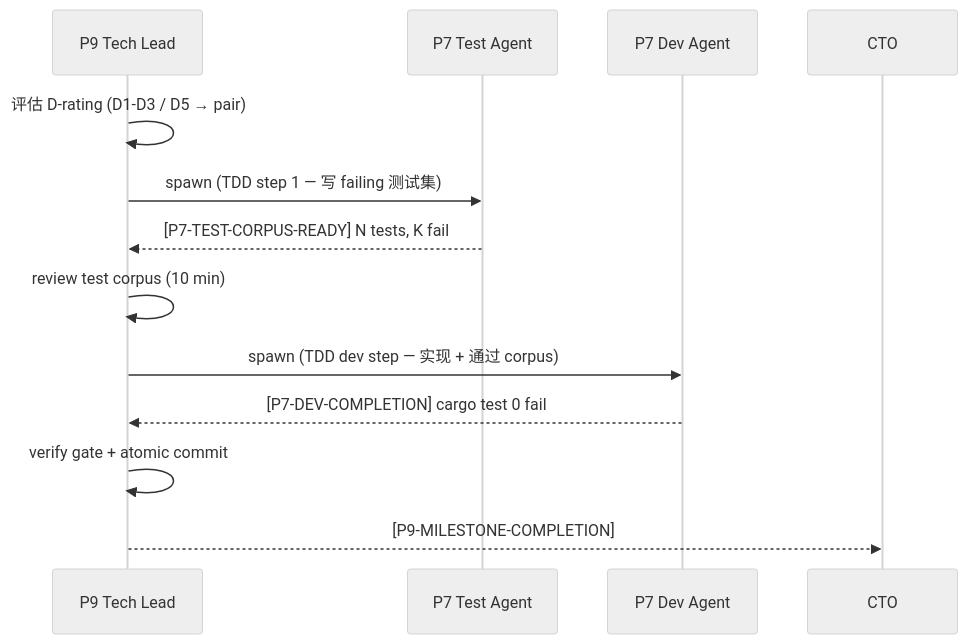
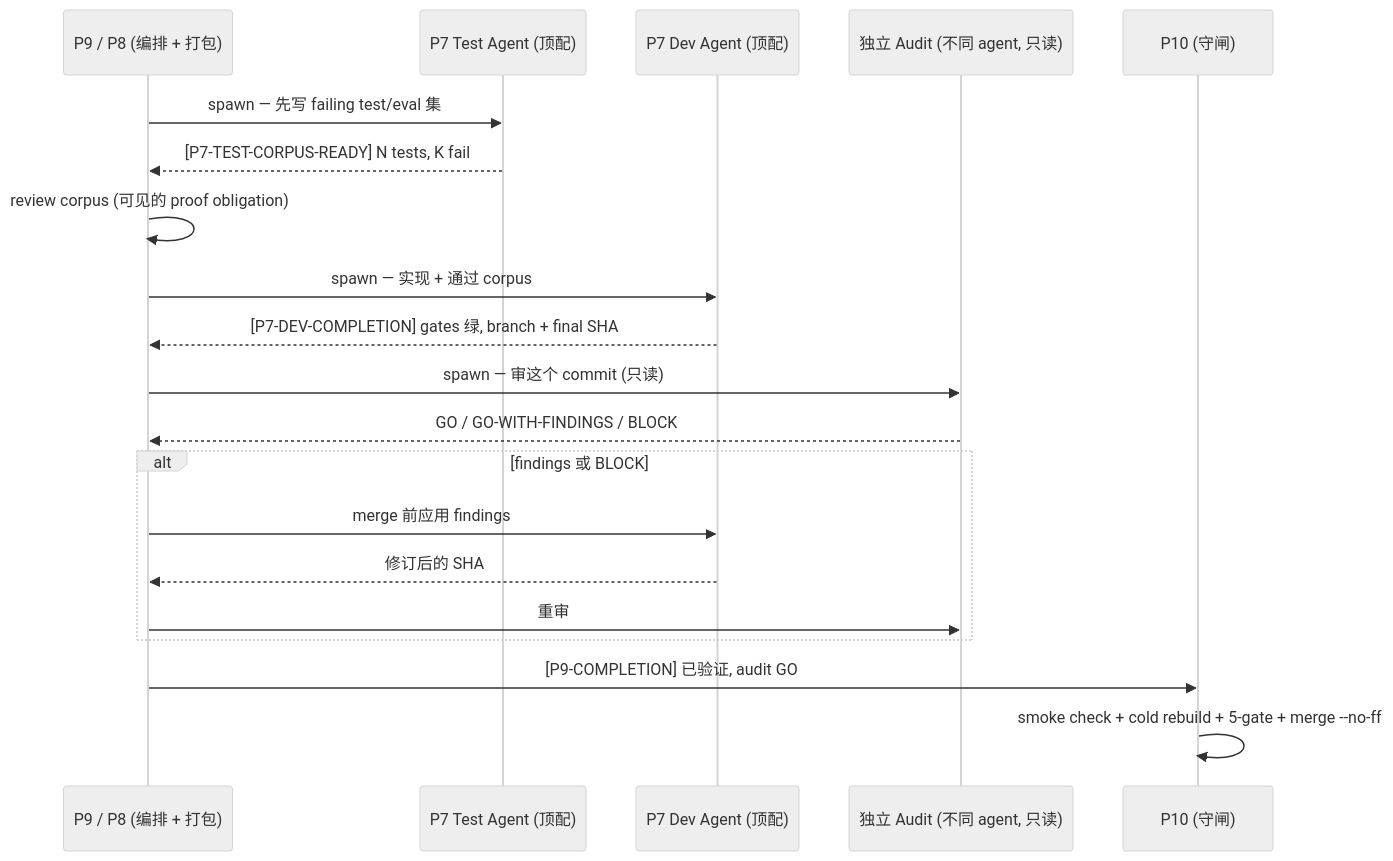
Before and after one commit to Cobrust-lang/agent-driven-development: the ninth of 10 diagrams in docs/human/zh/concept-map.md, drawn with Mermaid (neutral theme). The commit also changed other lines of this file and 7 other files, not shown here.

````diff
--- a/docs/human/zh/concept-map.md
+++ b/docs/human/zh/concept-map.md
@@ -104,15 +313,23 @@
 ```mermaid
 sequenceDiagram
-    participant P9 as P9 Tech Lead
-    participant Test as P7 Test Agent
-    participant Dev as P7 Dev Agent
+    participant P9 as P9 / P8 (编排 + 打包)
+    participant Test as P7 Test Agent (顶配)
+    participant Dev as P7 Dev Agent (顶配)
+    participant Audit as 独立 Audit (不同 agent, 只读)
+    participant CTO as P10 (守闸)
 
-    P9->>P9: 评估 D-rating (D1-D3 / D5 → pair)
-    P9->>Test: spawn (TDD step 1 — 写 failing 测试集)
+    P9->>Test: spawn — 先写 failing test/eval 集
     Test-->>P9: [P7-TEST-CORPUS-READY] N tests, K fail
-    P9->>P9: review test corpus (10 min)
-    P9->>Dev: spawn (TDD dev step — 实现 + 通过 corpus)
-    Dev-->>P9: [P7-DEV-COMPLETION] cargo test 0 fail
-    P9->>P9: verify gate + atomic commit
-    P9-->>CTO: [P9-MILESTONE-COMPLETION]
+    P9->>P9: review corpus (可见的 proof obligation)
+    P9->>Dev: spawn — 实现 + 通过 corpus
+    Dev-->>P9: [P7-DEV-COMPLETION] gates 绿, branch + final SHA
+    P9->>Audit: spawn — 审这个 commit (只读)
+    Audit-->>P9: GO / GO-WITH-FINDINGS / BLOCK
+    alt findings 或 BLOCK
+        P9->>Dev: merge 前应用 findings
+        Dev-->>P9: 修订后的 SHA
+        P9->>Audit: 重审
+    end
+    P9->>CTO: [P9-COMPLETION] 已验证, audit GO
+    CTO->>CTO: smoke check + cold rebuild + 5-gate + merge --no-ff
 ```
````
